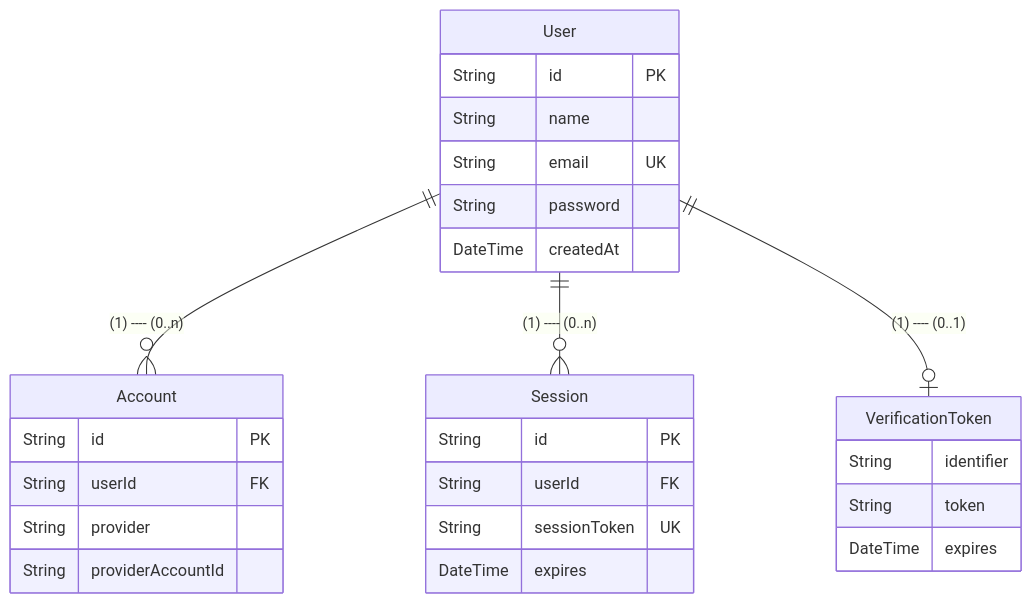
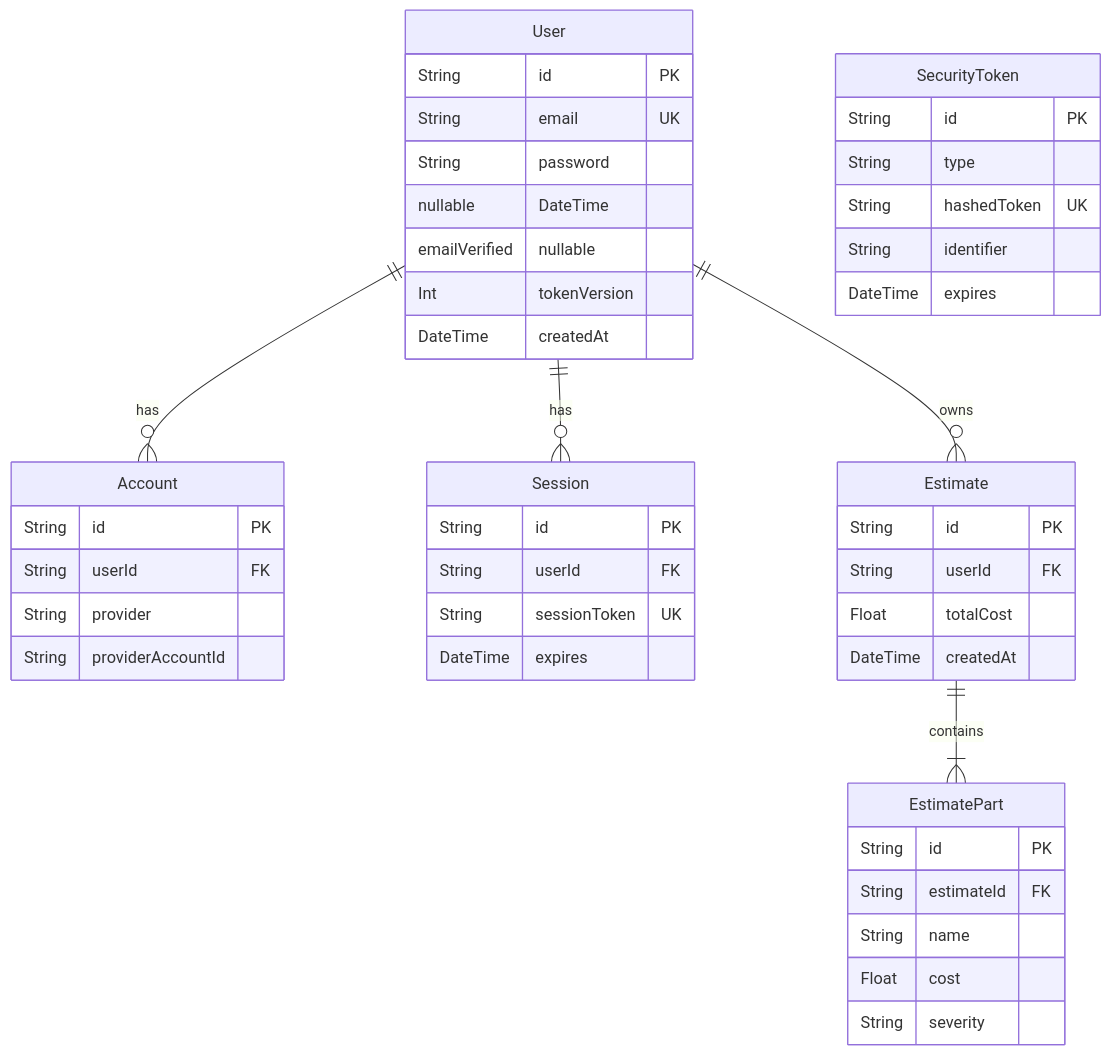
The diagram in docs/diagrams/presentation/code/database-schema.mmd (Rounatto/InsureVisionApp), drawn with Mermaid before and after one commit. The commit also changed 23 other files, not shown here.

```diff
--- a/docs/diagrams/presentation/code/database-schema.mmd
+++ b/docs/diagrams/presentation/code/database-schema.mmd
@@ -1,32 +1,51 @@
 erDiagram
     User {
         String id PK
-        String name
         String email UK
-        String password
+        String password nullable
+        DateTime emailVerified nullable
+        Int tokenVersion
         DateTime createdAt
     }
 
     Account {
         String id PK
         String userId FK
         String provider
         String providerAccountId
     }
 
     Session {
         String id PK
         String userId FK
         String sessionToken UK
         DateTime expires
     }
 
-    VerificationToken {
+    SecurityToken {
+        String id PK
+        String type
+        String hashedToken UK
         String identifier
-        String token
         DateTime expires
     }
 
-    User ||--o{ Account : "(1) ---- (0..n)"
-    User ||--o{ Session : "(1) ---- (0..n)"
-    User ||--o| VerificationToken : "(1) ---- (0..1)"
+    Estimate {
+        String id PK
+        String userId FK
+        Float totalCost
+        DateTime createdAt
+    }
+
+    EstimatePart {
+        String id PK
+        String estimateId FK
+        String name
+        Float cost
+        String severity
+    }
+
+    User ||--o{ Account : has
+    User ||--o{ Session : has
+    User ||--o{ Estimate : owns
+    Estimate ||--|{ EstimatePart : contains
```
